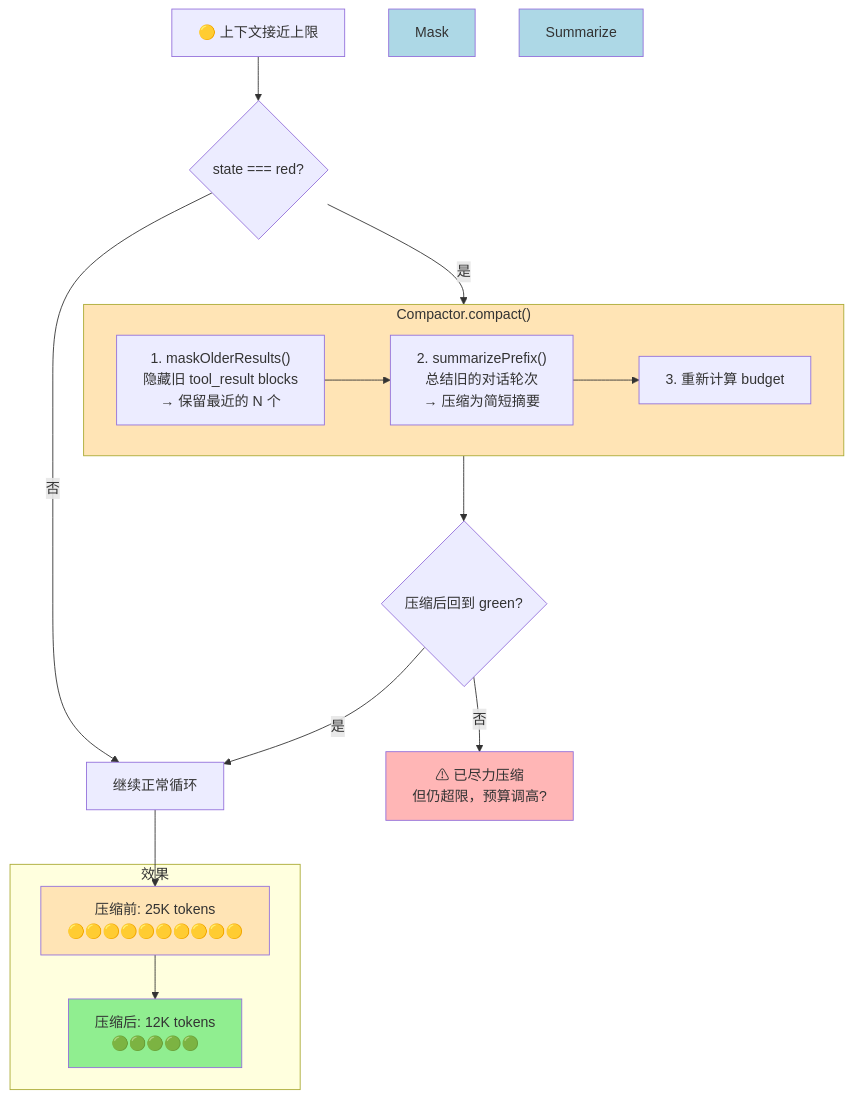
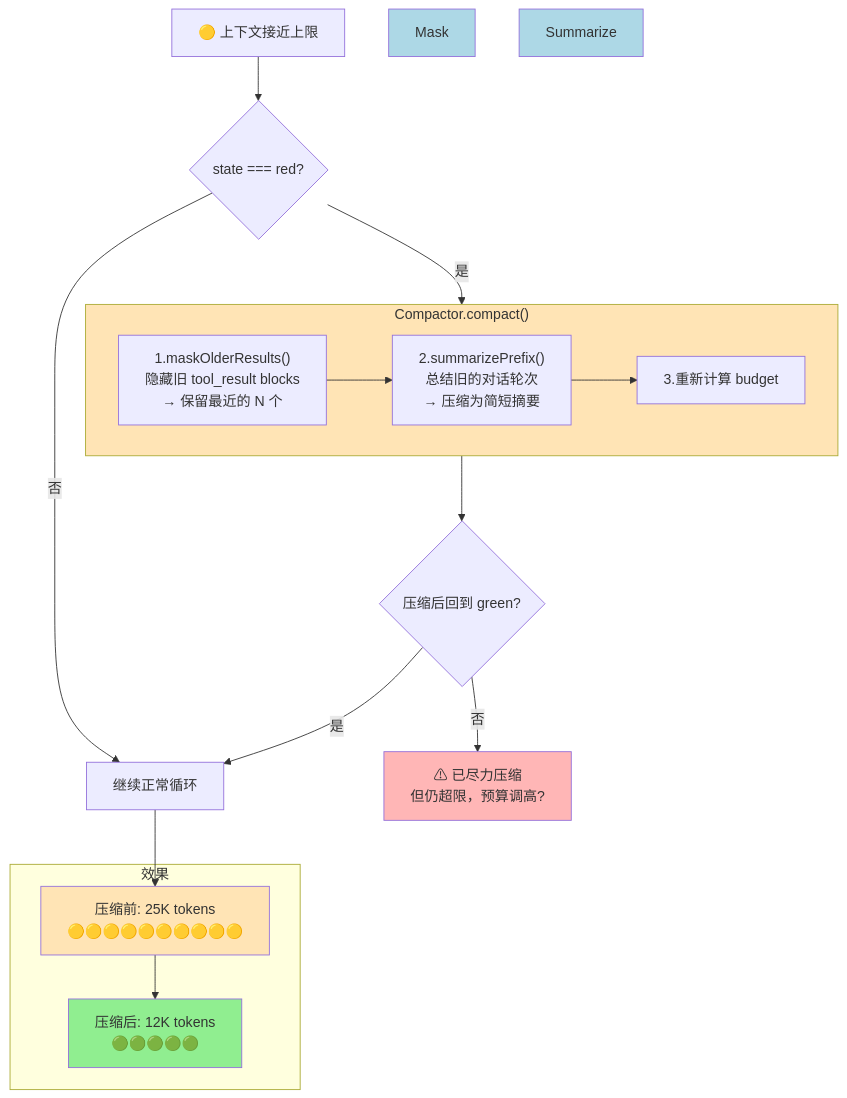
One commit to erichow/agent-harness changed the diagram in docs/ch08-compaction.md. Above: the diagram before and after it, drawn with Mermaid. The commit also changed 5 other files, not shown here.

Commit message:
fix: polish Mermaid diagrams in ch02/ch04/ch05/ch07/ch08 + fix ch13 test

````diff
--- a/docs/ch08-compaction.md
+++ b/docs/ch08-compaction.md
@@ -10,33 +10,33 @@
 ```mermaid
 flowchart TB
     Start[🟡 上下文接近上限] --> Check{state === red?}
     Check -->|否| Continue[继续正常循环]
     Check -->|是| Compact[开始压缩]
     
     subgraph Compact["Compactor.compact()"]
-        Step1["1. maskOlderResults()<br/>隐藏旧 tool_result blocks<br/>→ 保留最近的 N 个"]
-        Step2["2. summarizePrefix()<br/>总结旧的对话轮次<br/>→ 压缩为简短摘要"]
-        Step3["3. 重新计算 budget"]
+        Step1["1.maskOlderResults()<br/>隐藏旧 tool_result blocks<br/>→ 保留最近的 N 个"]
+        Step2["2.summarizePrefix()<br/>总结旧的对话轮次<br/>→ 压缩为简短摘要"]
+        Step3["3.重新计算 budget"]
         
         Step1 --> Step2 --> Step3
     end
     
     Compact --> Result{压缩后回到 green?}
     Result -->|是| Continue
     Result -->|否| Warn[⚠ 已尽力压缩<br/>但仍超限，预算调高?]
     
     subgraph 效果
         Before["压缩前: 25K tokens<br/>🟡🟡🟡🟡🟡🟡🟡🟡🟡🟡"]
         After["压缩后: 12K tokens<br/>🟢🟢🟢🟢🟢"]
     end
 
     Continue --> Before
     Before --> After
 
     style Compact fill:#FFE4B5
     style Mask fill:#ADD8E6
     style Summarize fill:#ADD8E6
     style Warn fill:#FFB6B6
     style Before fill:#FFE4B5
     style After fill:#90EE90
 ```
````
